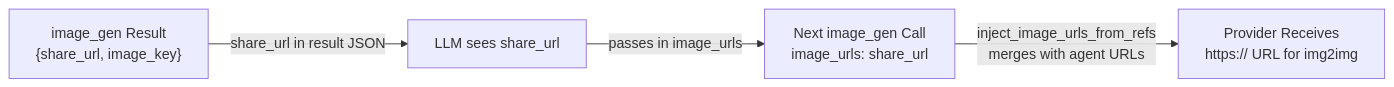
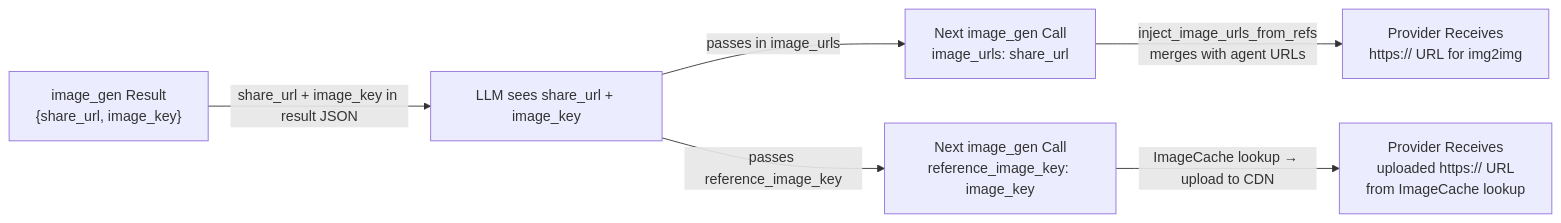
The fifth of 5 diagrams in _dfd/interception/image-interception.md (cosmoswafer/rockbot), drawn with Mermaid before and after one commit. The commit also changed other lines of this file and 8 other files, not shown here.

First line of the commit message:
perf: add knowledge cache TTL, optimize JSON byte counting, add reference_image_key for image editing

````diff
--- a/_dfd/interception/image-interception.md
+++ b/_dfd/interception/image-interception.md
@@ -175,11 +185,15 @@
 ```mermaid
 flowchart LR
     GEN["image_gen Result<br/>{share_url, image_key}"]
-    LLM[LLM sees share_url]
-    NEXT["Next image_gen Call<br/>image_urls: share_url"]
-    PROVIDER[Provider Receives<br/>https:// URL for img2img]
+    LLM[LLM sees share_url + image_key]
+    URL_PATH["Next image_gen Call<br/>image_urls: share_url"]
+    KEY_PATH["Next image_gen Call<br/>reference_image_key: image_key"]
+    PROVIDER_URL[Provider Receives<br/>https:// URL for img2img]
+    PROVIDER_KEY[Provider Receives<br/>uploaded https:// URL<br/>from ImageCache lookup]
 
-    GEN -->|"share_url in result JSON"| LLM
-    LLM -->|"passes in image_urls"| NEXT
-    NEXT -->|"inject_image_urls_from_refs<br/>merges with agent URLs"| PROVIDER
+    GEN -->|"share_url + image_key in result JSON"| LLM
+    LLM -->|"passes in image_urls"| URL_PATH
+    LLM -->|"passes reference_image_key"| KEY_PATH
+    URL_PATH -->|"inject_image_urls_from_refs<br/>merges with agent URLs"| PROVIDER_URL
+    KEY_PATH -->|"ImageCache lookup → upload to CDN"| PROVIDER_KEY
 ```
````
